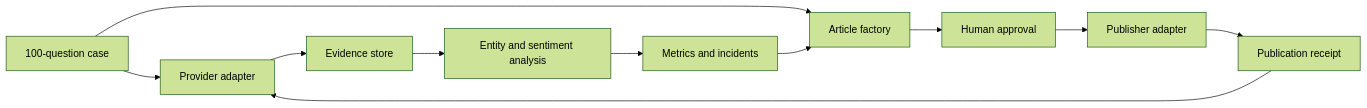
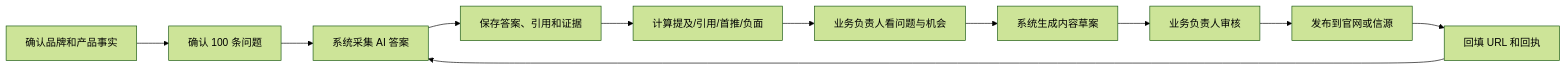
One commit to geniusdapeng-collab/geo-evidence-studio changed the diagram in README.md. Above: the diagram before and after it, drawn with Mermaid (forest theme). The commit also changed other lines of this file and 3 other files, not shown here.

````diff
--- a/README.md
+++ b/README.md
@@ -135,13 +91,13 @@
 ```mermaid
 flowchart LR
-  Q[100-question case] --> P[Provider adapter]
-  P --> E[Evidence store]
-  E --> A[Entity and sentiment analysis]
-  A --> M[Metrics and incidents]
-  Q --> C[Article factory]
-  M --> C
-  C --> H[Human approval]
-  H --> R[Publisher adapter]
-  R --> V[Publication receipt]
-  V --> P
+  A[确认品牌和产品事实] --> B[确认 100 条问题]
+  B --> C[系统采集 AI 答案]
+  C --> D[保存答案、引用和证据]
+  D --> E[计算提及/引用/首推/负面]
+  E --> F[业务负责人看问题与机会]
+  F --> G[系统生成内容草案]
+  G --> H[业务负责人审核]
+  H --> I[发布到官网或信源]
+  I --> J[回填 URL 和回执]
+  J --> C
 ```
````
